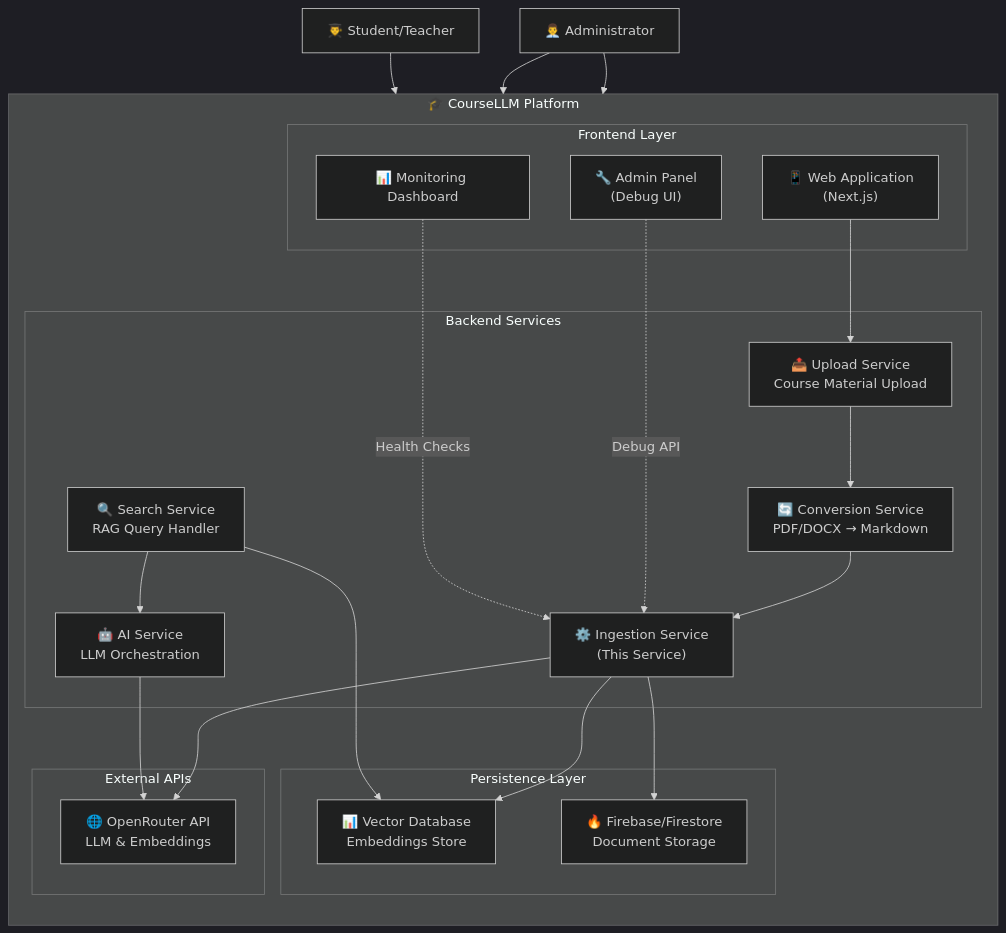
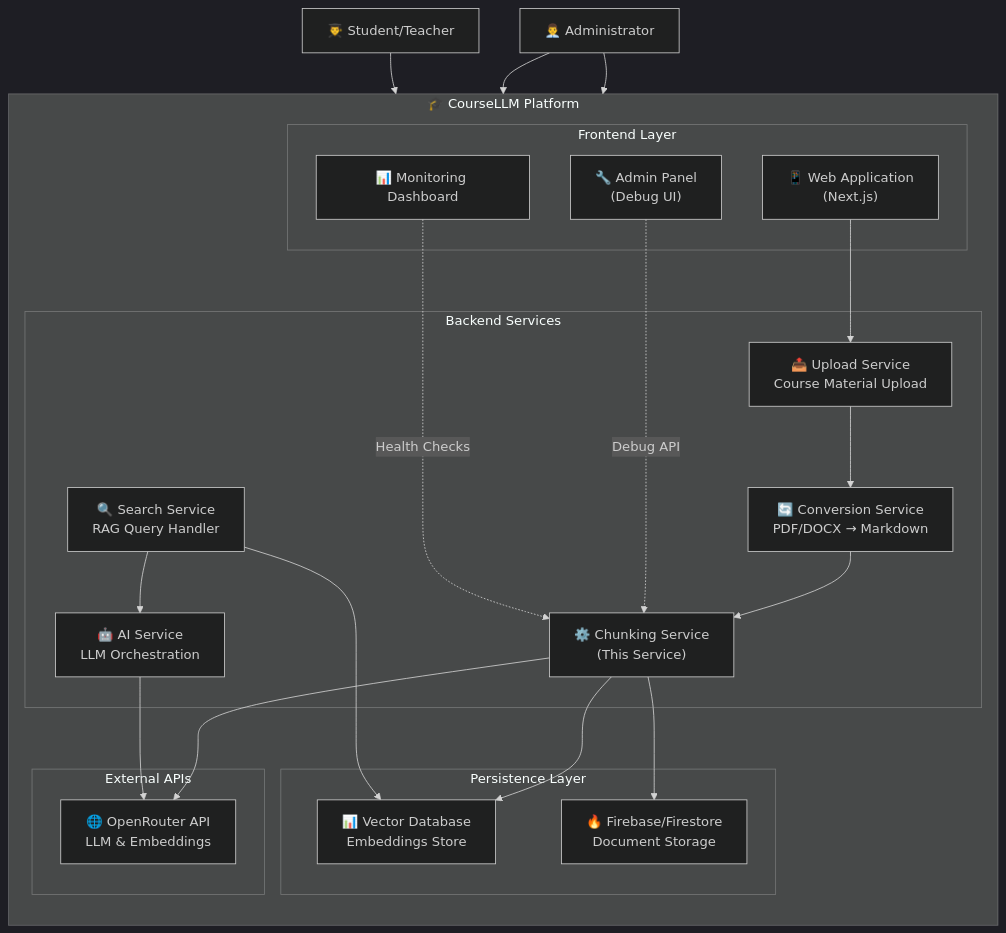
The first of 17 diagrams in services/ingestion/ARCHITECTURE.md (a1amit/CourseLLM-Firebase), drawn with Mermaid (dark theme) before and after one commit. The commit also changed other lines of this file, not shown here.

````diff
--- a/services/ingestion/ARCHITECTURE.md
+++ b/services/ingestion/ARCHITECTURE.md
@@ -55,47 +55,47 @@
 ```mermaid
 flowchart TB
     subgraph CourseLLM["🎓 CourseLLM Platform"]
         direction TB
         
         subgraph Frontend["Frontend Layer"]
             WebApp["📱 Web Application<br/>(Next.js)"]
             AdminPanel["🔧 Admin Panel<br/>(Debug UI)"]
             MonitoringUI["📊 Monitoring Dashboard"]
         end
         
         subgraph Services["Backend Services"]
             UploadService["📤 Upload Service<br/>Course Material Upload"]
             ConversionService["🔄 Conversion Service<br/>PDF/DOCX → Markdown"]
-            IngestionService["⚙️ Ingestion Service<br/>(This Service)"]
+            IngestionService["⚙️ Chunking Service<br/>(This Service)"]
             SearchService["🔍 Search Service<br/>RAG Query Handler"]
             AIService["🤖 AI Service<br/>LLM Orchestration"]
         end
         
         subgraph Persistence["Persistence Layer"]
             FirebaseDB["🔥 Firebase/Firestore<br/>Document Storage"]
             VectorDB["📊 Vector Database<br/>Embeddings Store"]
         end
         
         subgraph External["External APIs"]
             OpenRouter["🌐 OpenRouter API<br/>LLM & Embeddings"]
         end
     end
     
     User["👨‍🎓 Student/Teacher"] --> WebApp
     Admin["👨‍💼 Administrator"] --> AdminPanel
     Admin --> MonitoringUI
     
     WebApp --> UploadService
     UploadService --> ConversionService
     ConversionService --> IngestionService
     IngestionService --> OpenRouter
     IngestionService --> VectorDB
     IngestionService --> FirebaseDB
     
     SearchService --> VectorDB
     SearchService --> AIService
     AIService --> OpenRouter
     
     AdminPanel -.->|Debug API| IngestionService
     MonitoringUI -.->|Health Checks| IngestionService
 ```
````
